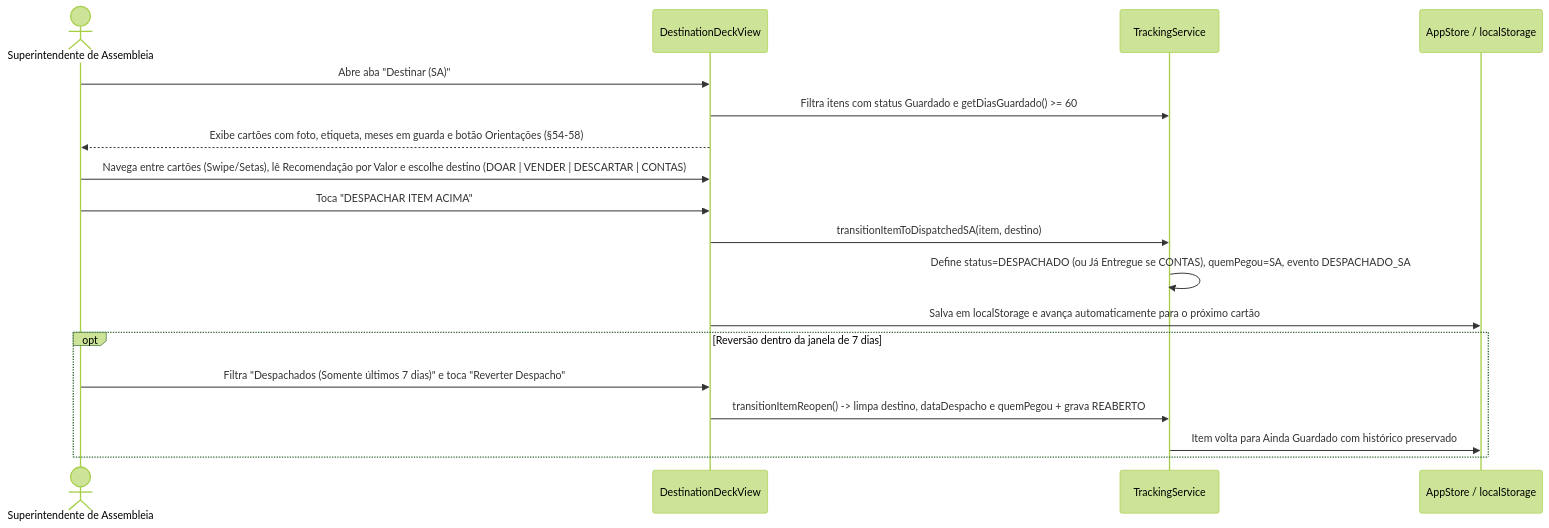
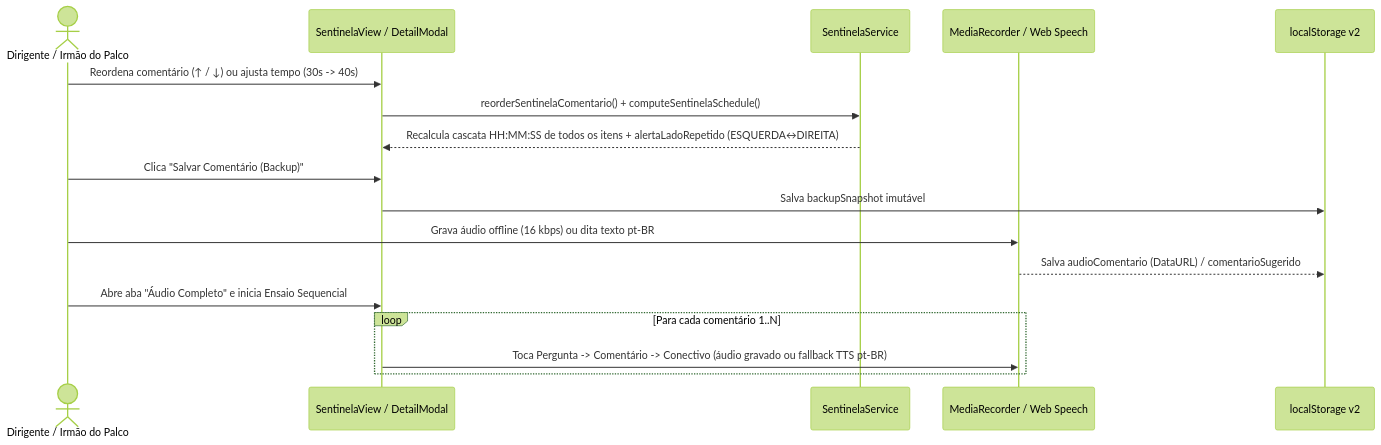
The sixth of 8 diagrams in docs/UML.md (EliezerRosa/assembleia-perdidos-achados-pwa), drawn with Mermaid (forest theme) before and after one commit. The commit also changed other lines of this file and 33 other files, not shown here.

Commit message:
feat: clone Presidencia do Congresso & Resumo de A Sentinela embedded apps + MER/UML v2

````diff
--- a/docs/UML.md
+++ b/docs/UML.md
@@ -336,21 +218,20 @@
 ```mermaid
 sequenceDiagram
-    actor SA as Superintendente de Assembleia
-    participant Deck as DestinationDeckView
-    participant Track as TrackingService
-    participant Store as AppStore / localStorage
+    actor Dir as Dirigente / Irmão do Palco
+    participant View as SentinelaView / DetailModal
+    participant Svc as SentinelaService
+    participant Media as MediaRecorder / Web Speech
+    participant Store as localStorage v2
 
-    SA->>Deck: Abre aba "Destinar (SA)"
-    Deck->>Track: Filtra itens com status Guardado e getDiasGuardado() >= 60
-    Deck-->>SA: Exibe cartões com foto, etiqueta, meses em guarda e botão Orientações (§54-58)
-    SA->>Deck: Navega entre cartões (Swipe/Setas), lê Recomendação por Valor e escolhe destino (DOAR | VENDER | DESCARTAR | CONTAS)
-    SA->>Deck: Toca "DESPACHAR ITEM ACIMA"
-    Deck->>Track: transitionItemToDispatchedSA(item, destino)
-    Track->>Track: Define status=DESPACHADO (ou Já Entregue se CONTAS), quemPegou=SA, evento DESPACHADO_SA
-    Deck->>Store: Salva em localStorage e avança automaticamente para o próximo cartão
-    opt Reversão dentro da janela de 7 dias
-      SA->>Deck: Filtra "Despachados (Somente últimos 7 dias)" e toca "Reverter Despacho"
-      Deck->>Track: transitionItemReopen() -> limpa destino, dataDespacho e quemPegou + grava REABERTO
-      Track->>Store: Item volta para Ainda Guardado com histórico preservado
+    Dir->>View: Reordena comentário (↑ / ↓) ou ajusta tempo (30s -> 40s)
+    View->>Svc: reorderSentinelaComentario() + computeSentinelaSchedule()
+    Svc-->>View: Recalcula cascata HH:MM:SS de todos os itens + alertaLadoRepetido (ESQUERDA↔DIREITA)
+    Dir->>View: Clica "Salvar Comentário (Backup)"
+    View->>Store: Salva backupSnapshot imutável
+    Dir->>Media: Grava áudio offline (16 kbps) ou dita texto pt-BR
+    Media-->>Store: Salva audioComentario (DataURL) / comentarioSugerido
+    Dir->>View: Abre aba "Áudio Completo" e inicia Ensaio Sequencial
+    loop Para cada comentário 1..N
+        View->>Media: Toca Pergunta -> Comentário -> Conectivo (áudio gravado ou fallback TTS pt-BR)
     end
 ```
````
